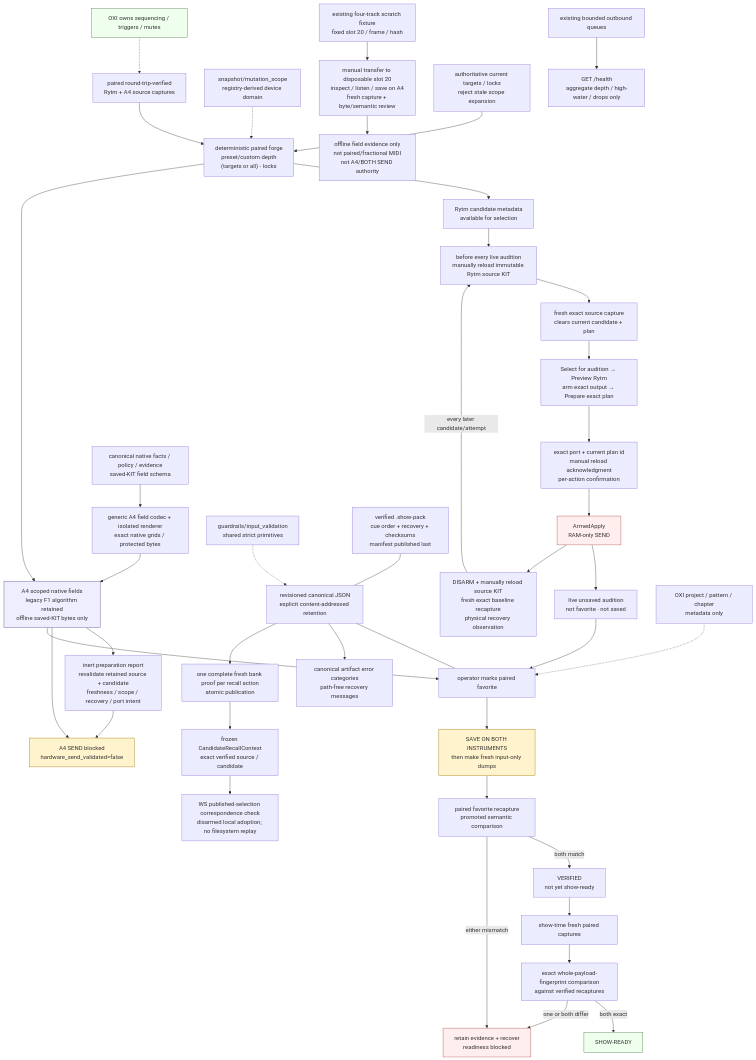
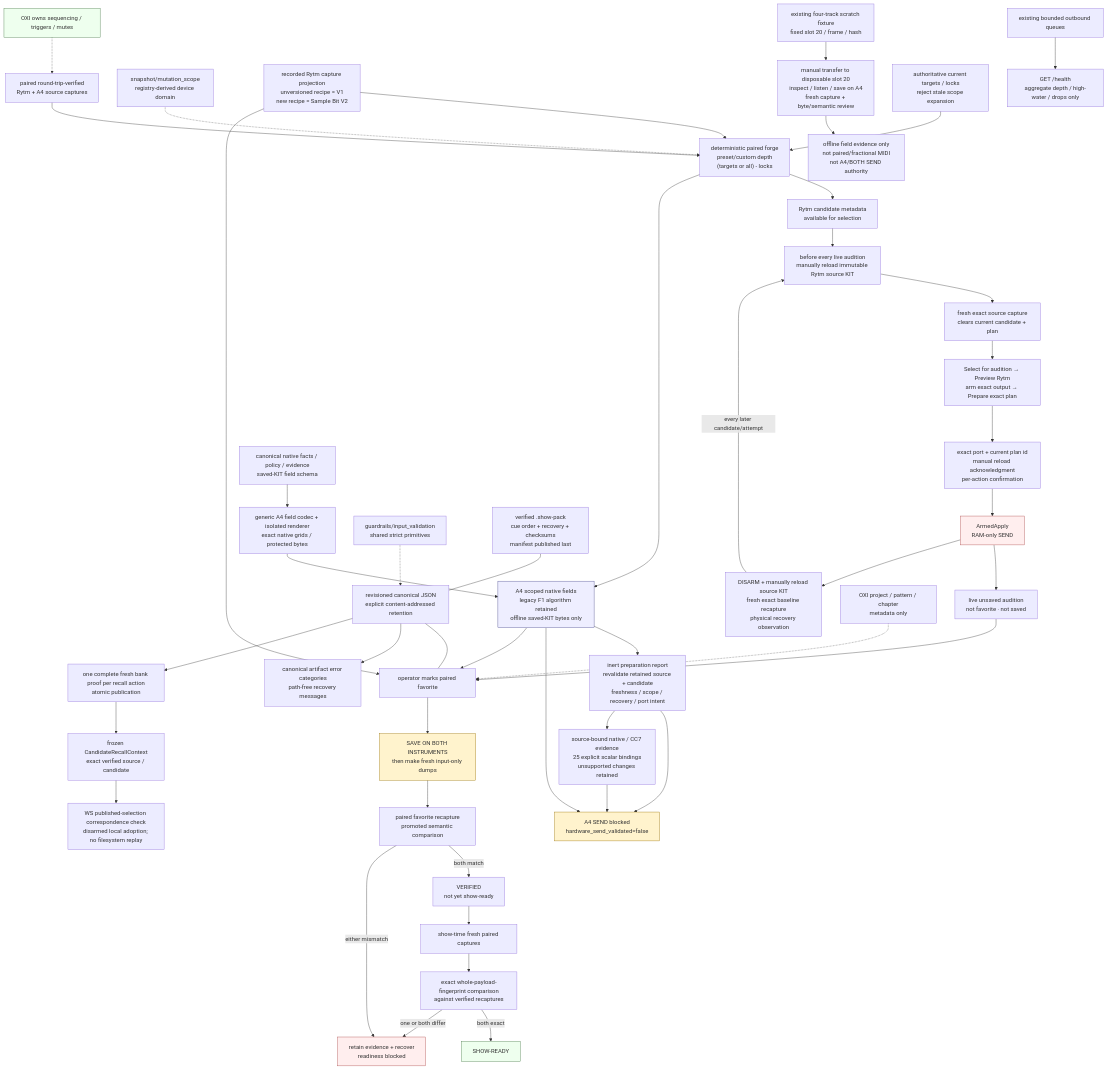
One commit to buzzijose-hub/RytmRandomizer changed diagram 36 of 41 in docs/ARCHITECTURE_DIAGRAMS.md. Above: the diagram before and after it, drawn with Mermaid. The commit also changed 55 other files, not shown here.

Commit message:
feat: integrate source-bound control evidence and legacy replay

````diff
--- a/docs/ARCHITECTURE_DIAGRAMS.md
+++ b/docs/ARCHITECTURE_DIAGRAMS.md
@@ -3273,56 +3273,60 @@
 ```mermaid
 flowchart TD
     Pair["paired round-trip-verified<br/>Rytm + A4 source captures"] --> Forge["deterministic paired forge<br/>preset/custom depth<br/>(targets or all) - locks"]
 
     Forge --> RytmCandidate["Rytm candidate metadata<br/>available for selection"]
     RytmCandidate --> SourceReload["before every live audition<br/>manually reload immutable Rytm source KIT"]
     SourceReload --> SourceCapture["fresh exact source capture<br/>clears current candidate + plan"]
     SourceCapture --> Reselect["Select for audition → Preview Rytm<br/>arm exact output → Prepare exact plan"]
     Reselect --> ExactConfirm["exact port + current plan id<br/>manual reload acknowledgment<br/>per-action confirmation"]
     ExactConfirm --> ArmedApply["ArmedApply<br/>RAM-only SEND"]
     ArmedApply --> LiveUnsaved["live unsaved audition<br/>not favorite · not saved"]
     ArmedApply --> ManualRestore["DISARM + manually reload source KIT<br/>fresh exact baseline recapture<br/>physical recovery observation"]
     ManualRestore -->|"every later candidate/attempt"| SourceReload
 
     Forge --> A4Candidate["A4 scoped native fields<br/>legacy F1 algorithm retained<br/>offline saved-KIT bytes only"]
     Calibration["canonical native facts / policy / evidence<br/>saved-KIT field schema"] --> FieldCodec["generic A4 field codec + isolated renderer<br/>exact native grids / protected bytes"]
     FieldCodec --> A4Candidate
     Validation["guardrails/input_validation<br/>shared strict primitives"] -.-> Store
     Domains["snapshot/mutation_scope<br/>registry-derived device domain"] -.-> Forge
     A4Candidate --> A4Preparation["inert preparation report<br/>revalidate retained source + candidate<br/>freshness / scope / recovery / port intent"]
     A4Preparation --> NoA4Send
+    A4Preparation --> A4ScalarReview["source-bound native / CC7 evidence<br/>25 explicit scalar bindings<br/>unsupported changes retained"]
+    A4ScalarReview --> NoA4Send
+    ProjectionVersion["recorded Rytm capture projection<br/>unversioned recipe = V1<br/>new recipe = Sample Bit V2"] --> Forge
+    ProjectionVersion --> Favorite
     A4Candidate --> NoA4Send["A4 SEND blocked<br/>hardware_send_validated=false"]
     ExistingScratch["existing four-track scratch fixture<br/>fixed slot 20 / frame / hash"] --> ScratchReturn["manual transfer to disposable slot 20<br/>inspect / listen / save on A4<br/>fresh capture + byte/semantic review"]
     ScratchReturn --> OfflineEvidence["offline field evidence only<br/>not paired/fractional MIDI<br/>not A4/BOTH SEND authority"]
 
     LiveUnsaved --> Favorite["operator marks paired favorite"]
     A4Candidate --> Favorite
     Favorite --> ManualSave["SAVE ON BOTH INSTRUMENTS<br/>then make fresh input-only dumps"]
     ManualSave --> SemanticVerify["paired favorite recapture<br/>promoted semantic comparison"]
     SemanticVerify -->|"both match"| Verified["VERIFIED<br/>not yet show-ready"]
     SemanticVerify -->|"either mismatch"| Recover["retain evidence + recover<br/>readiness blocked"]
 
     Verified --> FreshCapture["show-time fresh paired captures"]
     FreshCapture --> FullFingerprint["exact whole-payload-fingerprint comparison<br/>against verified recaptures"]
     FullFingerprint -->|"both exact"| ShowReady["SHOW-READY"]
     FullFingerprint -->|"one or both differ"| Recover
 
     Metadata["OXI project / pattern / chapter<br/>metadata only"] -.-> Favorite
     OXI["OXI owns sequencing / triggers / mutes"] -.-> Pair
     Store["revisioned canonical JSON<br/>explicit content-addressed retention"] --- Favorite
     Pack["verified .show-pack<br/>cue order + recovery + checksums<br/>manifest published last"] --- Store
     Store --> ArtifactErrors["canonical artifact error categories<br/>path-free recovery messages"]
     Store --> RecallProof["one complete fresh bank proof per recall action<br/>atomic publication"]
     RecallProof --> RecallContext["frozen CandidateRecallContext<br/>exact verified source / candidate"]
     RecallContext --> RecallProjection["WS published-selection correspondence check<br/>disarmed local adoption; no filesystem replay"]
     ScopeGuard["authoritative current targets / locks<br/>reject stale scope expansion"] --> Forge
     Queue["existing bounded outbound queues"] --> Health["GET /health<br/>aggregate depth / high-water / drops only"]
 
     style ArmedApply fill:#fee,stroke:#a44
     style A4Candidate fill:#eef,stroke:#448
     style NoA4Send fill:#fff3cd,stroke:#997000
     style ManualSave fill:#fff3cd,stroke:#997000
     style ShowReady fill:#efe,stroke:#474
     style Recover fill:#fee,stroke:#a44
     style OXI fill:#efe,stroke:#474
 ```
````
